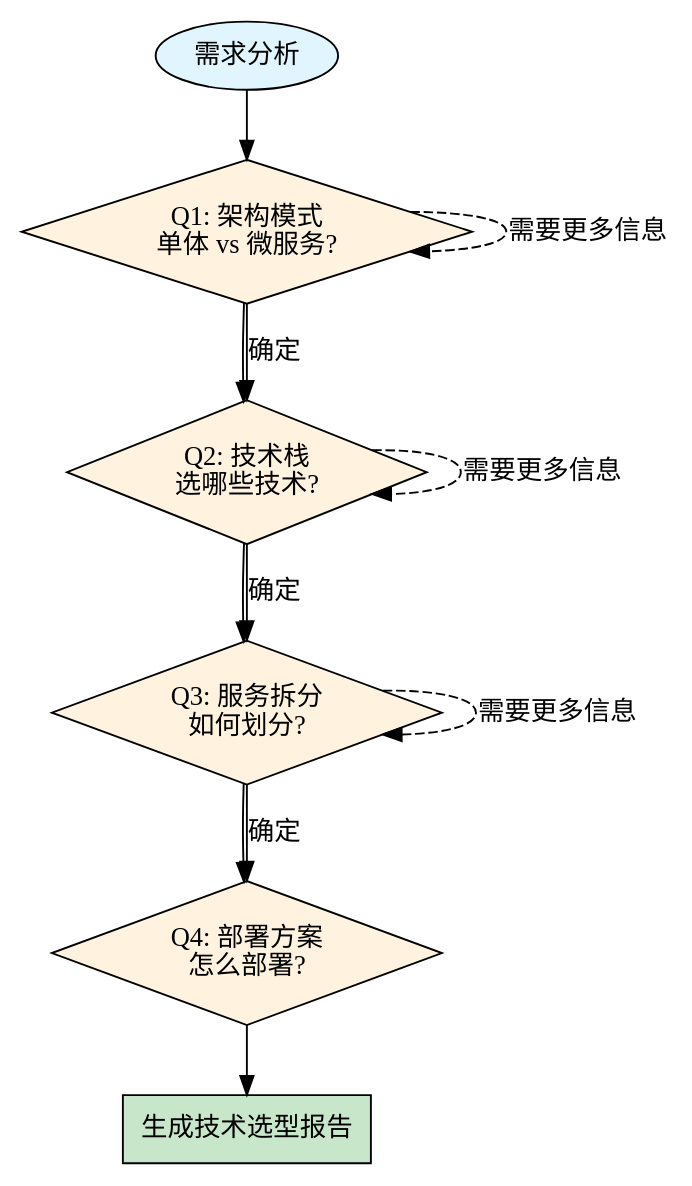
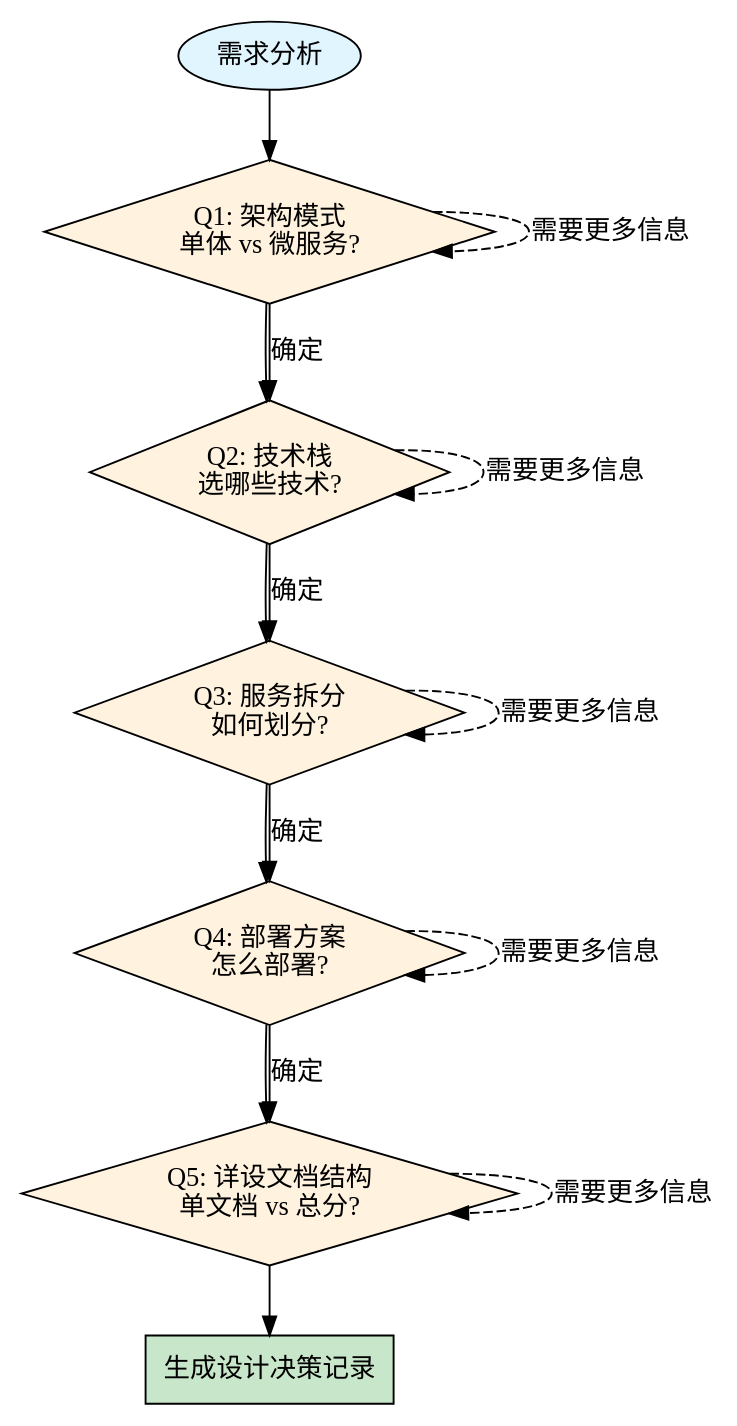
The diagram in devflow/phases/01-技术选型.md (loveliunian/agent-skills), drawn with Graphviz before and after one commit. The commit also changed other lines of this file and 226 other files, not shown here.

````diff
--- a/devflow/phases/01-技术选型.md
+++ b/devflow/phases/01-技术选型.md
@@ -21,22 +63,26 @@
 ```dot
 digraph tech_selection {
     rankdir=TB;
     
     start [label="需求分析", shape=ellipse, style=filled, fillcolor="#e1f5fe"];
     q1 [label="Q1: 架构模式\n单体 vs 微服务?", shape=diamond, style=filled, fillcolor="#fff3e0"];
     q2 [label="Q2: 技术栈\n选哪些技术?", shape=diamond, style=filled, fillcolor="#fff3e0"];
     q3 [label="Q3: 服务拆分\n如何划分?", shape=diamond, style=filled, fillcolor="#fff3e0"];
     q4 [label="Q4: 部署方案\n怎么部署?", shape=diamond, style=filled, fillcolor="#fff3e0"];
-    report [label="生成技术选型报告", shape=box, style=filled, fillcolor="#c8e6c9"];
+    q5 [label="Q5: 详设文档结构\n单文档 vs 总分?", shape=diamond, style=filled, fillcolor="#fff3e0"];
+    report [label="生成设计决策记录", shape=box, style=filled, fillcolor="#c8e6c9"];
     
-    start -> q1 -> q2 -> q3 -> q4 -> report;
+    start -> q1 -> q2 -> q3 -> q4 -> q5 -> report;
     
     q1 -> q2 [label="确定"];
     q2 -> q3 [label="确定"];
     q3 -> q4 [label="确定"];
+    q4 -> q5 [label="确定"];
     
     q1 -> q1 [label="需要更多信息", style=dashed];
     q2 -> q2 [label="需要更多信息", style=dashed];
     q3 -> q3 [label="需要更多信息", style=dashed];
+    q4 -> q4 [label="需要更多信息", style=dashed];
+    q5 -> q5 [label="需要更多信息", style=dashed];
 }
 ```
````
